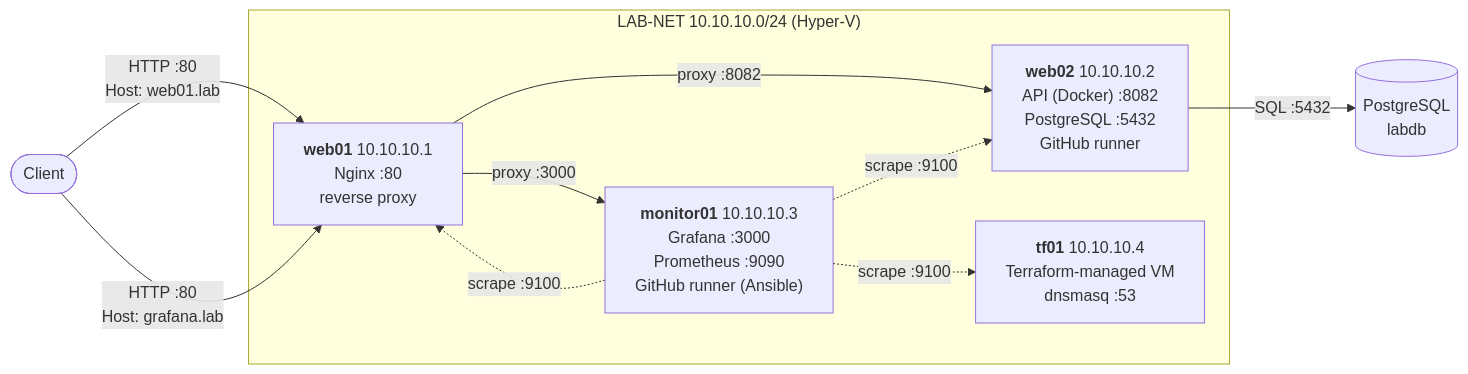
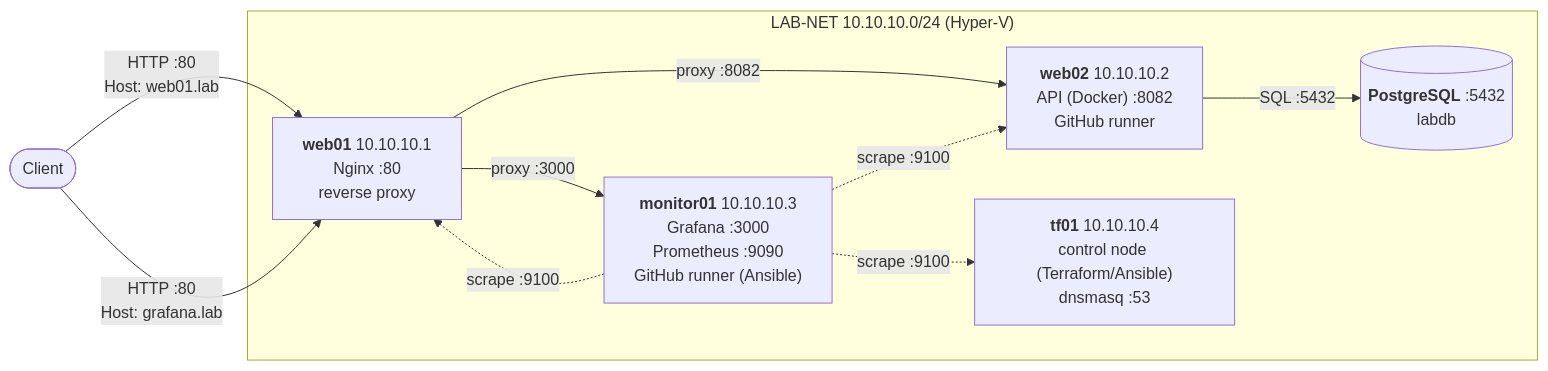
One commit to MrMuscule/home-infrastructure-lab changed the diagram in README.md. Above: the diagram before and after it, drawn with Mermaid. The commit also changed other lines of this file and 2 other files, not shown here.

First line of the commit message:
docs: move PostgreSQL inside LAB-NET, clarify tf01 role, add dashboard slot

````diff
--- a/README.md
+++ b/README.md
@@ -17,19 +17,20 @@
 ```mermaid
 flowchart LR
     client([Client]) -->|"HTTP :80<br/>Host: web01.lab"| web01
     client -->|"HTTP :80<br/>Host: grafana.lab"| web01
 
     subgraph LAB["LAB-NET 10.10.10.0/24 (Hyper-V)"]
         web01["<b>web01</b> 10.10.10.1<br/>Nginx :80<br/>reverse proxy"]
-        web02["<b>web02</b> 10.10.10.2<br/>API (Docker) :8082<br/>PostgreSQL :5432<br/>GitHub runner"]
+        web02["<b>web02</b> 10.10.10.2<br/>API (Docker) :8082<br/>GitHub runner"]
+        pg[("<b>PostgreSQL</b> :5432<br/>labdb")]
         mon["<b>monitor01</b> 10.10.10.3<br/>Grafana :3000<br/>Prometheus :9090<br/>GitHub runner (Ansible)"]
-        tf["<b>tf01</b> 10.10.10.4<br/>Terraform-managed VM<br/>dnsmasq :53"]
+        tf["<b>tf01</b> 10.10.10.4<br/>control node (Terraform/Ansible)<br/>dnsmasq :53"]
     end
 
     web01 -->|"proxy :8082"| web02
     web01 -->|"proxy :3000"| mon
-    web02 -->|"SQL :5432"| pg[("PostgreSQL<br/>labdb")]
+    web02 -->|"SQL :5432"| pg
     mon -.->|"scrape :9100"| web01
     mon -.->|"scrape :9100"| web02
     mon -.->|"scrape :9100"| tf
 ```
````
